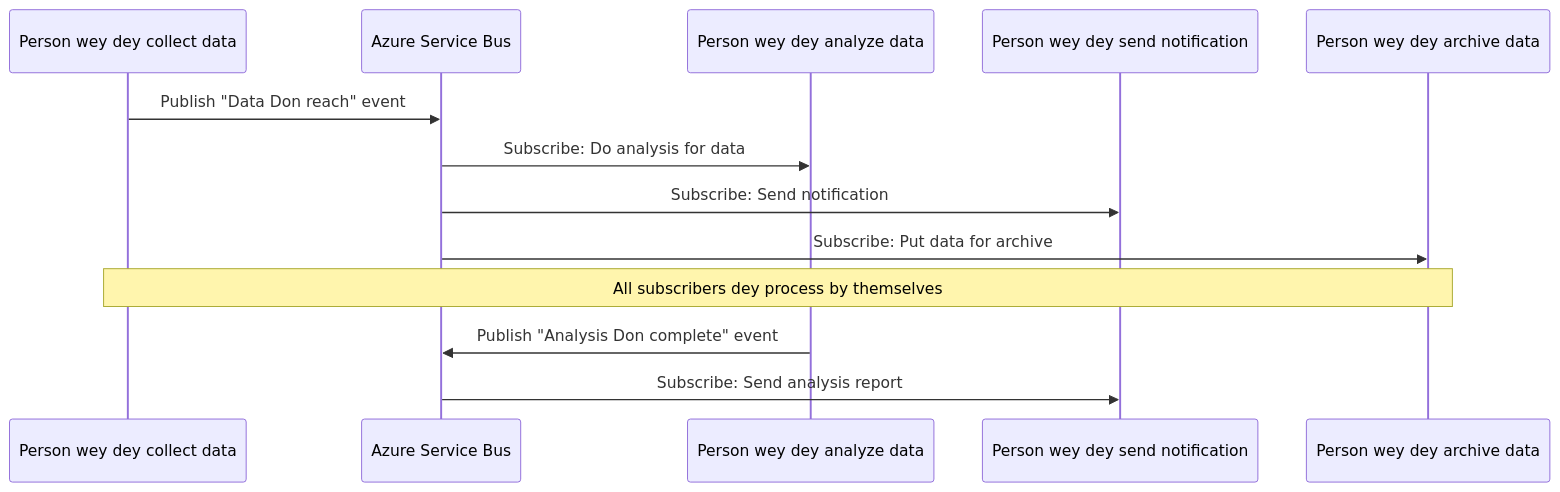
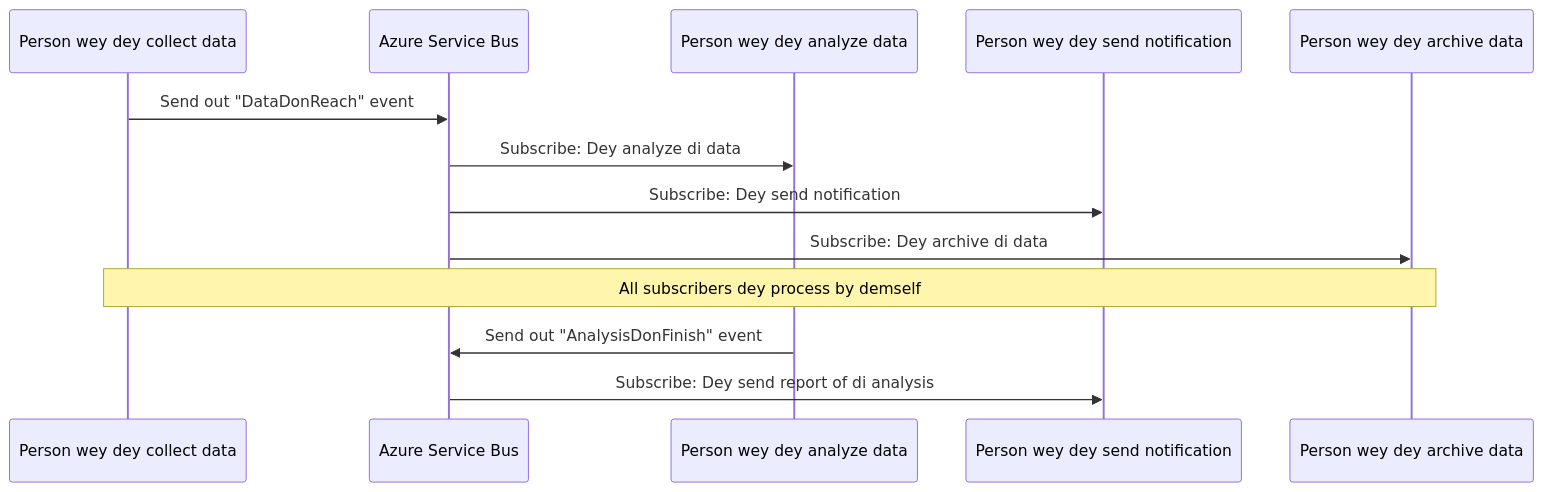
Before and after one commit to microsoft/AZD-for-beginners: the fourth of 6 diagrams in translations/pcm/docs/chapter-06-pre-deployment/coordination-patterns.md, drawn with Mermaid. The commit also changed other lines of this file and 101 other files, not shown here.

````diff
--- a/translations/pcm/docs/chapter-06-pre-deployment/coordination-patterns.md
+++ b/translations/pcm/docs/chapter-06-pre-deployment/coordination-patterns.md
@@ -191,18 +185,18 @@
 ```mermaid
 sequenceDiagram
     participant Agent1 as Person wey dey collect data
     participant EventBus as Azure Service Bus
     participant Agent2 as Person wey dey analyze data
     participant Agent3 as Person wey dey send notification
     participant Agent4 as Person wey dey archive data
     
-    Agent1->>EventBus: Publish "Data Don reach" event
-    EventBus->>Agent2: Subscribe: Do analysis for data
-    EventBus->>Agent3: Subscribe: Send notification
-    EventBus->>Agent4: Subscribe: Put data for archive
+    Agent1->>EventBus: Send out "DataDonReach" event
+    EventBus->>Agent2: Subscribe: Dey analyze di data
+    EventBus->>Agent3: Subscribe: Dey send notification
+    EventBus->>Agent4: Subscribe: Dey archive di data
     
-    Note over Agent1,Agent4: All subscribers dey process by themselves
+    Note over Agent1,Agent4: All subscribers dey process by demself
     
-    Agent2->>EventBus: Publish "Analysis Don complete" event
-    EventBus->>Agent3: Subscribe: Send analysis report
+    Agent2->>EventBus: Send out "AnalysisDonFinish" event
+    EventBus->>Agent3: Subscribe: Dey send report of di analysis
 ```
````
